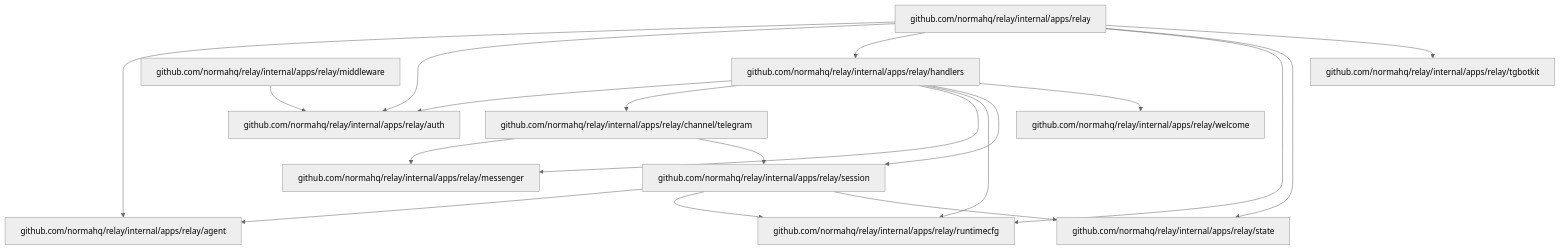
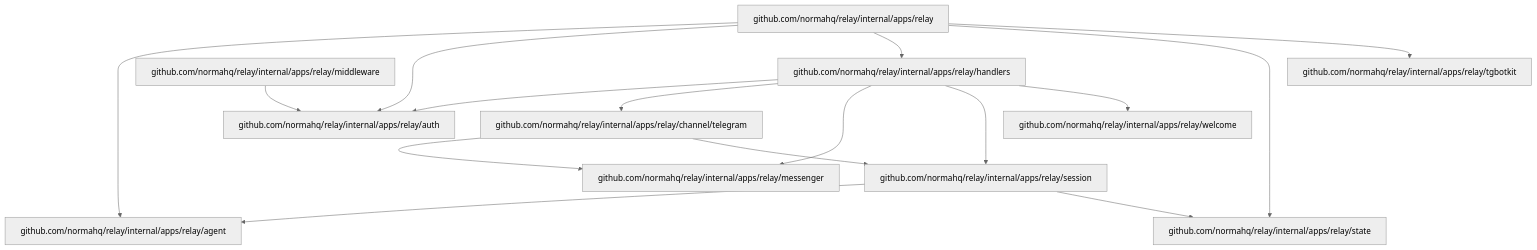
The diagram in docs/relay.md (normahq/relay), drawn with Mermaid (neutral theme) before and after one commit. The commit also changed other lines of this file and 21 other files, not shown here.

````diff
--- a/docs/relay.md
+++ b/docs/relay.md
@@ -19,38 +19,34 @@
 ```mermaid
 flowchart TB
     relay_root["github.com/normahq/relay/internal/apps/relay"]
     agent["github.com/normahq/relay/internal/apps/relay/agent"]
     auth["github.com/normahq/relay/internal/apps/relay/auth"]
     telegram["github.com/normahq/relay/internal/apps/relay/channel/telegram"]
     handlers["github.com/normahq/relay/internal/apps/relay/handlers"]
     messenger["github.com/normahq/relay/internal/apps/relay/messenger"]
     middleware["github.com/normahq/relay/internal/apps/relay/middleware"]
-    runtimecfg["github.com/normahq/relay/internal/apps/relay/runtimecfg"]
     session["github.com/normahq/relay/internal/apps/relay/session"]
     state["github.com/normahq/relay/internal/apps/relay/state"]
     tgbotkit["github.com/normahq/relay/internal/apps/relay/tgbotkit"]
     welcome["github.com/normahq/relay/internal/apps/relay/welcome"]
 
     relay_root --> agent
     relay_root --> auth
     relay_root --> handlers
-    relay_root --> runtimecfg
     relay_root --> state
     relay_root --> tgbotkit
 
     telegram --> messenger
     telegram --> session
 
     handlers --> auth
     handlers --> telegram
     handlers --> messenger
-    handlers --> runtimecfg
     handlers --> session
     handlers --> welcome
 
     middleware --> auth
 
     session --> agent
-    session --> runtimecfg
     session --> state
 ```
````
